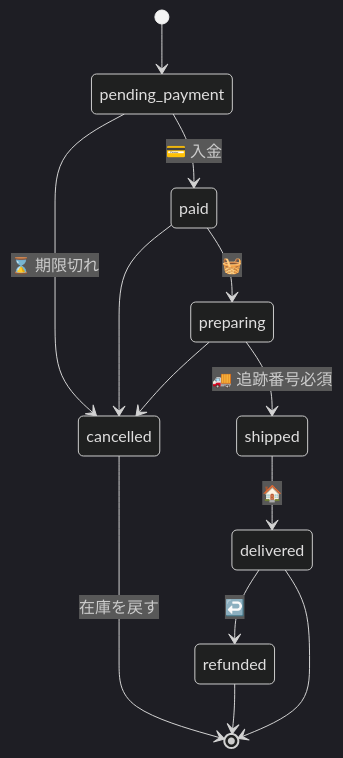
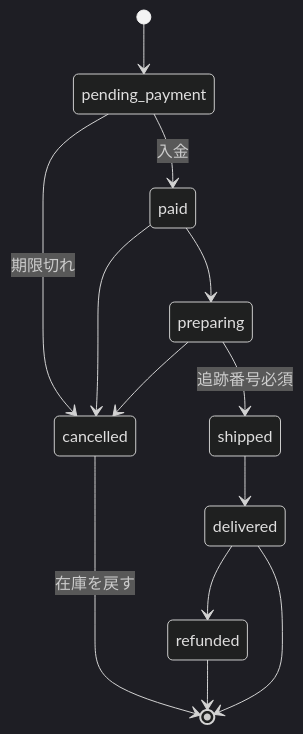
Before and after one commit to bright-broom/online-march: the sixth of 9 diagrams in README.md, drawn with Mermaid (dark theme). The commit also changed other lines of this file, not shown here.

````diff
--- a/README.md
+++ b/README.md
@@ -254,15 +254,15 @@
 ```mermaid
 stateDiagram-v2
     [*] --> pending_payment
-    pending_payment --> paid: 💳 入金
-    pending_payment --> cancelled: ⌛ 期限切れ
-    paid --> preparing: 🧺
+    pending_payment --> paid: 入金
+    pending_payment --> cancelled: 期限切れ
+    paid --> preparing: 
     paid --> cancelled
-    preparing --> shipped: 🚚 追跡番号必須
+    preparing --> shipped: 追跡番号必須
     preparing --> cancelled
-    shipped --> delivered: 🏠
-    delivered --> refunded: ↩️
+    shipped --> delivered: 
+    delivered --> refunded: 
     cancelled --> [*]: 在庫を戻す
     refunded --> [*]
     delivered --> [*]
 ```
````
